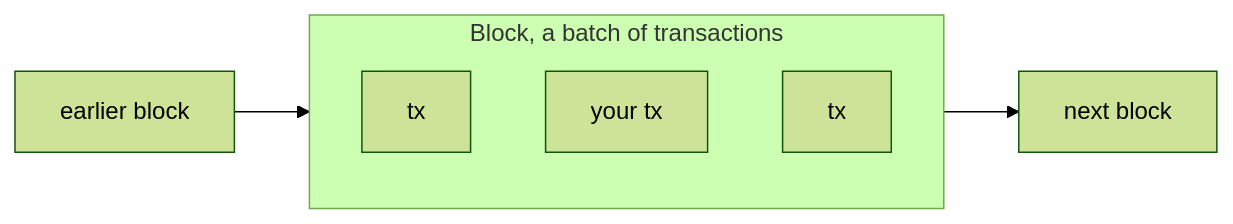
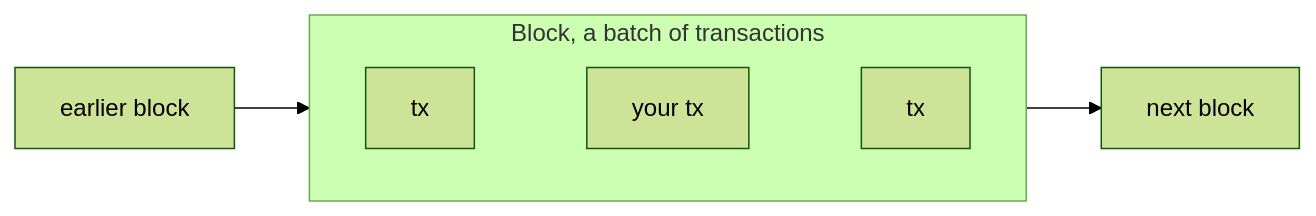
One commit to cardano-foundation/developer-portal changed the third of 3 diagrams in docs/developers/onboarding/lectures/beginner/2-utxos-and-transactions.md. Above: the diagram before and after it, drawn with Mermaid (forest theme). The commit also changed other lines of this file and 4 other files, not shown here.

Commit message:
Tighten the beginner lectures and make the diagrams theme-safe

````diff
--- a/docs/developers/onboarding/lectures/beginner/2-utxos-and-transactions.md
+++ b/docs/developers/onboarding/lectures/beginner/2-utxos-and-transactions.md
@@ -90,10 +89,8 @@
 ```mermaid
 flowchart LR
     subgraph Block["Block, a batch of transactions"]
-        direction TB
-        T1["tx"]
-        T2["your tx"]
-        T3["tx"]
+        direction LR
+        T1["tx"] ~~~ T2["your tx"] ~~~ T3["tx"]
     end
     Prev["earlier block"] --> Block --> Next["next block"]
 ```
````
